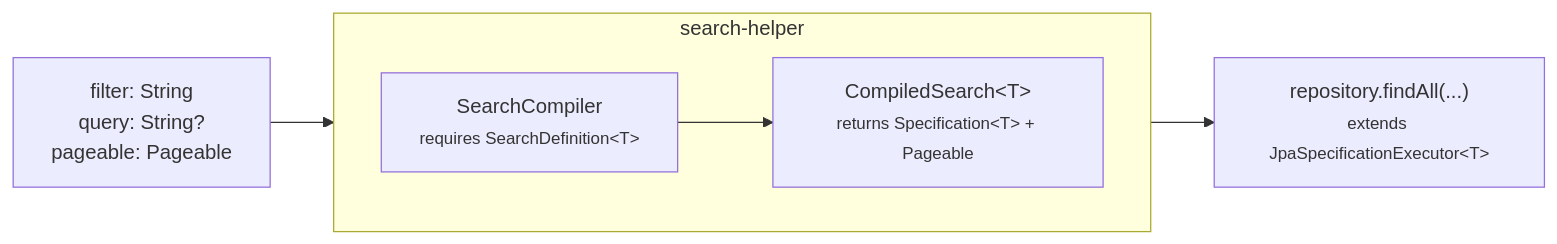
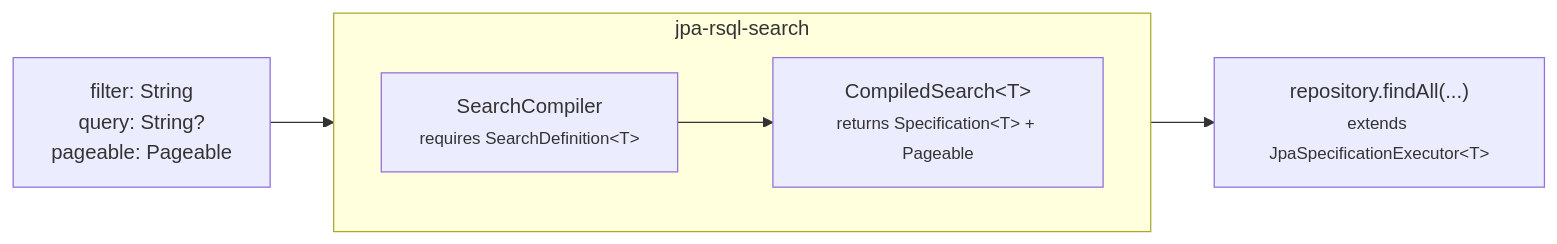
The diagram in README.md (ggomarighetti/search-helper), drawn with Mermaid before and after one commit. The commit also changed other lines of this file and 239 other files, not shown here.

Commit message:
chore: rename project to jpa-rsql-search

````diff
--- a/README.md
+++ b/README.md
@@ -18,16 +18,16 @@
 ```mermaid
 flowchart LR
     input["filter: String<br/>query: String?<br/>pageable: Pageable"]
     repository["repository.findAll(...)<br/><small>extends JpaSpecificationExecutor&lt;T&gt;</small>"]
 
-    subgraph helper["search-helper"]
+    subgraph helper["jpa-rsql-search"]
         direction LR
         contract["SearchCompiler<br/><small>requires SearchDefinition&lt;T&gt;</small>"]
         compiled["CompiledSearch&lt;T&gt;<br/><small>returns Specification&lt;T&gt; + Pageable</small>"]
 
         contract --> compiled
     end
 
     input --> contract
     compiled --> repository
 ```
````
